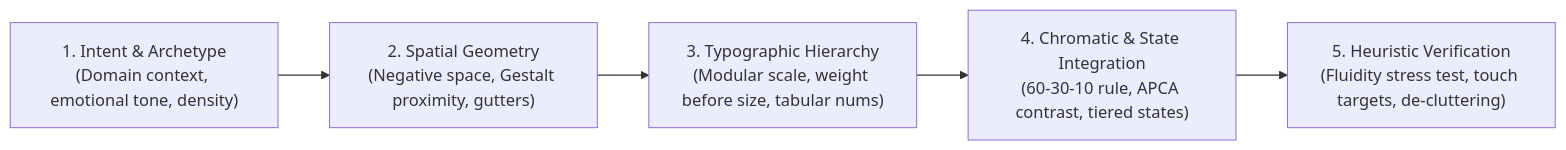
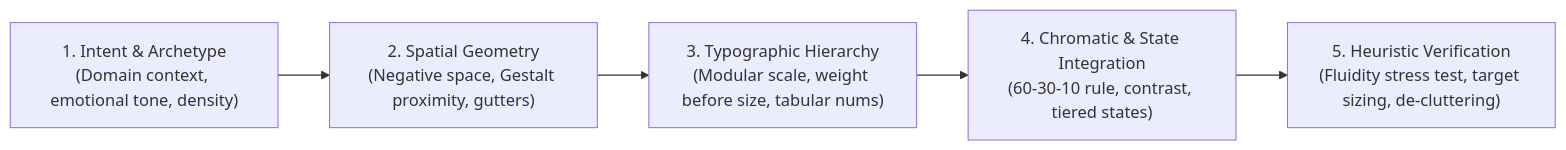
One commit to gowtham2thrive/agent-grimoire changed the diagram in .agents/skills/design-philosophy/SKILL.md. Above: the diagram before and after it, drawn with Mermaid. The commit also changed other lines of this file and 31 other files, not shown here.

````diff
--- a/.agents/skills/design-philosophy/SKILL.md
+++ b/.agents/skills/design-philosophy/SKILL.md
@@ -22,7 +24,7 @@
 ```mermaid
 flowchart LR
     P1["1. Intent & Archetype<br/>(Domain context, emotional tone, density)"] --> P2["2. Spatial Geometry<br/>(Negative space, Gestalt proximity, gutters)"]
     P2 --> P3["3. Typographic Hierarchy<br/>(Modular scale, weight before size, tabular nums)"]
-    P3 --> P4["4. Chromatic & State Integration<br/>(60-30-10 rule, APCA contrast, tiered states)"]
-    P4 --> P5["5. Heuristic Verification<br/>(Fluidity stress test, touch targets, de-cluttering)"]
+    P3 --> P4["4. Chromatic & State Integration<br/>(60-30-10 rule, contrast, tiered states)"]
+    P4 --> P5["5. Heuristic Verification<br/>(Fluidity stress test, target sizing, de-cluttering)"]
 ```
````
